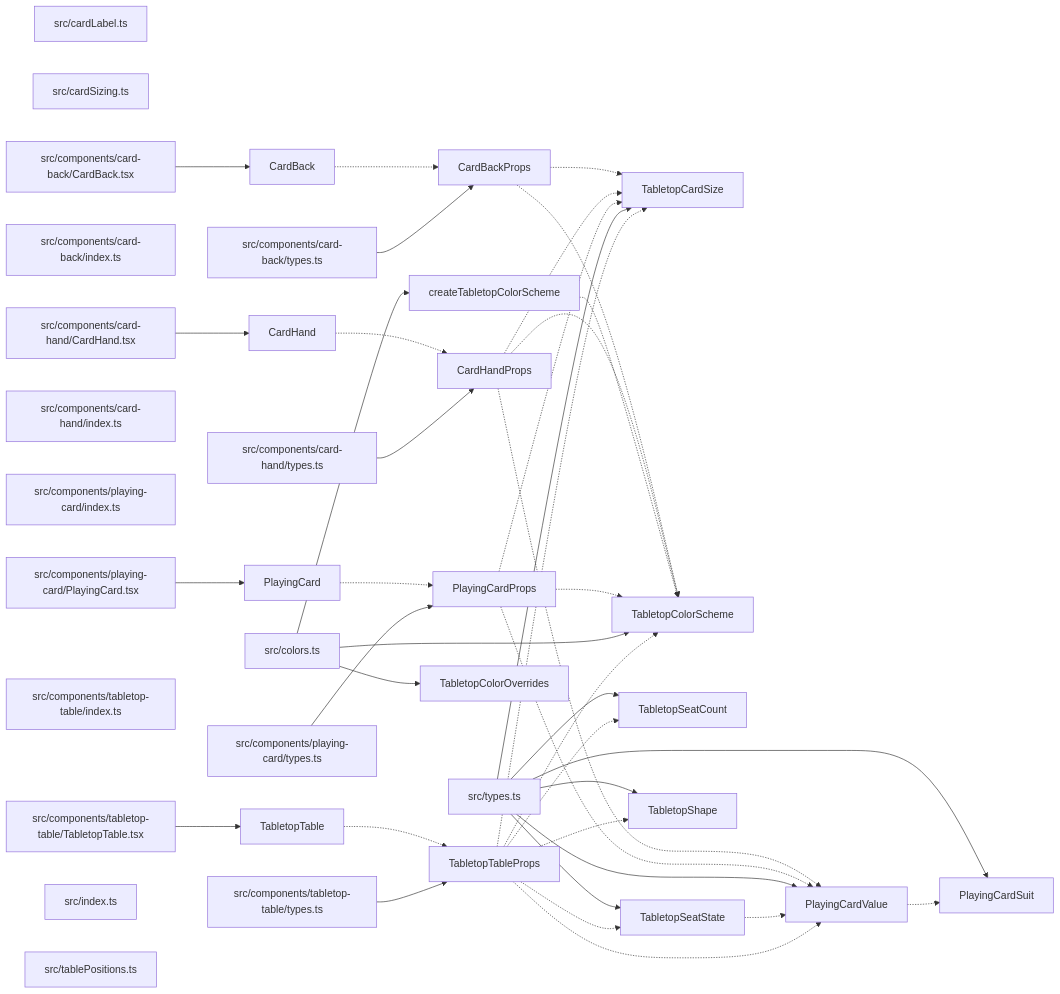
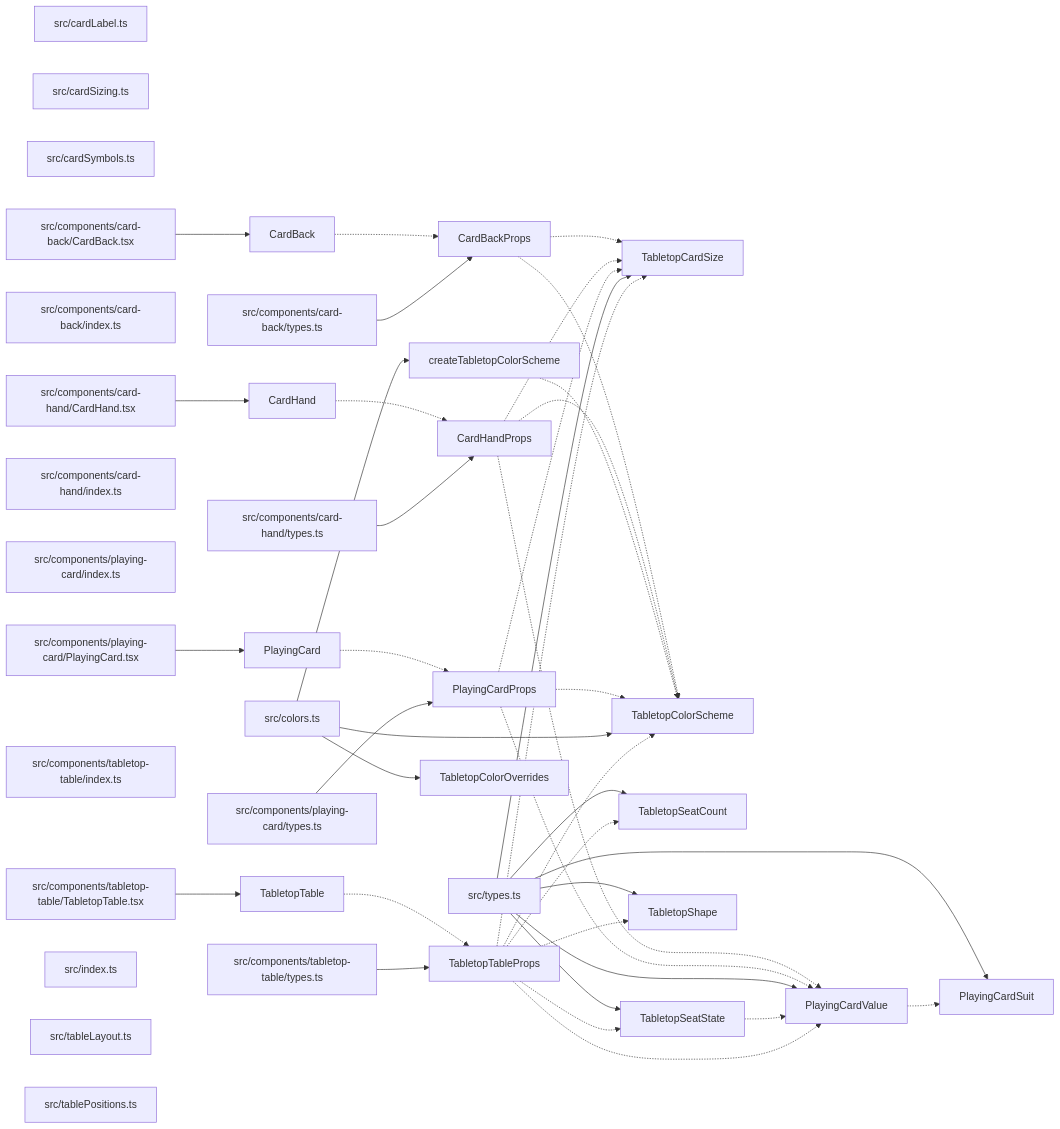
One commit to ankhorage/zora-tabletop changed the diagram in paradox/diagrams/export-graph.mmd. Above: the diagram before and after it, drawn with Mermaid. The commit also changed 11 other files, not shown here.

```diff
--- a/paradox/diagrams/export-graph.mmd
+++ b/paradox/diagrams/export-graph.mmd
@@ -1,74 +1,76 @@
 graph LR
   module_src_cardLabel_ts["src/cardLabel.ts"]
   module_src_cardSizing_ts["src/cardSizing.ts"]
+  module_src_cardSymbols_ts["src/cardSymbols.ts"]
   module_src_colors_ts["src/colors.ts"]
   module_src_components_card_back_CardBack_tsx["src/components/card-back/CardBack.tsx"]
   module_src_components_card_back_index_ts["src/components/card-back/index.ts"]
   module_src_components_card_back_types_ts["src/components/card-back/types.ts"]
   module_src_components_card_hand_CardHand_tsx["src/components/card-hand/CardHand.tsx"]
   module_src_components_card_hand_index_ts["src/components/card-hand/index.ts"]
   module_src_components_card_hand_types_ts["src/components/card-hand/types.ts"]
   module_src_components_playing_card_index_ts["src/components/playing-card/index.ts"]
   module_src_components_playing_card_PlayingCard_tsx["src/components/playing-card/PlayingCard.tsx"]
   module_src_components_playing_card_types_ts["src/components/playing-card/types.ts"]
   module_src_components_tabletop_table_index_ts["src/components/tabletop-table/index.ts"]
   module_src_components_tabletop_table_TabletopTable_tsx["src/components/tabletop-table/TabletopTable.tsx"]
   module_src_components_tabletop_table_types_ts["src/components/tabletop-table/types.ts"]
   module_src_index_ts["src/index.ts"]
+  module_src_tableLayout_ts["src/tableLayout.ts"]
   module_src_tablePositions_ts["src/tablePositions.ts"]
   module_src_types_ts["src/types.ts"]
   export_CardBack["CardBack"]
   module_src_components_card_back_CardBack_tsx --> export_CardBack
   export_CardBack -.-> export_CardBackProps
   export_CardBackProps["CardBackProps"]
   module_src_components_card_back_types_ts --> export_CardBackProps
   export_CardBackProps -.-> export_TabletopCardSize
   export_CardBackProps -.-> export_TabletopColorScheme
   export_CardHand["CardHand"]
   module_src_components_card_hand_CardHand_tsx --> export_CardHand
   export_CardHand -.-> export_CardHandProps
   export_CardHandProps["CardHandProps"]
   module_src_components_card_hand_types_ts --> export_CardHandProps
   export_CardHandProps -.-> export_PlayingCardValue
   export_CardHandProps -.-> export_TabletopCardSize
   export_CardHandProps -.-> export_TabletopColorScheme
   export_createTabletopColorScheme["createTabletopColorScheme"]
   module_src_colors_ts --> export_createTabletopColorScheme
   export_createTabletopColorScheme -.-> export_TabletopColorScheme
   export_PlayingCard["PlayingCard"]
   module_src_components_playing_card_PlayingCard_tsx --> export_PlayingCard
   export_PlayingCard -.-> export_PlayingCardProps
   export_PlayingCardProps["PlayingCardProps"]
   module_src_components_playing_card_types_ts --> export_PlayingCardProps
   export_PlayingCardProps -.-> export_PlayingCardValue
   export_PlayingCardProps -.-> export_TabletopCardSize
   export_PlayingCardProps -.-> export_TabletopColorScheme
   export_PlayingCardSuit["PlayingCardSuit"]
   module_src_types_ts --> export_PlayingCardSuit
   export_PlayingCardValue["PlayingCardValue"]
   module_src_types_ts --> export_PlayingCardValue
   export_PlayingCardValue -.-> export_PlayingCardSuit
   export_TabletopCardSize["TabletopCardSize"]
   module_src_types_ts --> export_TabletopCardSize
   export_TabletopColorOverrides["TabletopColorOverrides"]
   module_src_colors_ts --> export_TabletopColorOverrides
   export_TabletopColorScheme["TabletopColorScheme"]
   module_src_colors_ts --> export_TabletopColorScheme
   export_TabletopSeatCount["TabletopSeatCount"]
   module_src_types_ts --> export_TabletopSeatCount
   export_TabletopSeatState["TabletopSeatState"]
   module_src_types_ts --> export_TabletopSeatState
   export_TabletopSeatState -.-> export_PlayingCardValue
   export_TabletopShape["TabletopShape"]
   module_src_types_ts --> export_TabletopShape
   export_TabletopTable["TabletopTable"]
   module_src_components_tabletop_table_TabletopTable_tsx --> export_TabletopTable
   export_TabletopTable -.-> export_TabletopTableProps
   export_TabletopTableProps["TabletopTableProps"]
   module_src_components_tabletop_table_types_ts --> export_TabletopTableProps
   export_TabletopTableProps -.-> export_PlayingCardValue
   export_TabletopTableProps -.-> export_TabletopCardSize
   export_TabletopTableProps -.-> export_TabletopColorScheme
   export_TabletopTableProps -.-> export_TabletopSeatCount
   export_TabletopTableProps -.-> export_TabletopSeatState
   export_TabletopTableProps -.-> export_TabletopShape
```
